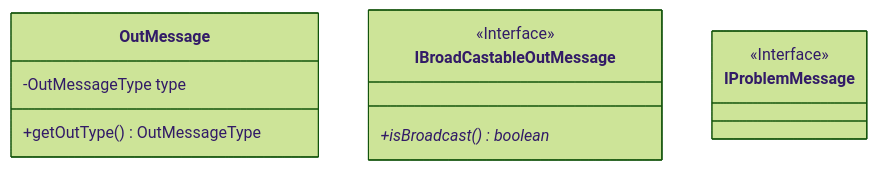
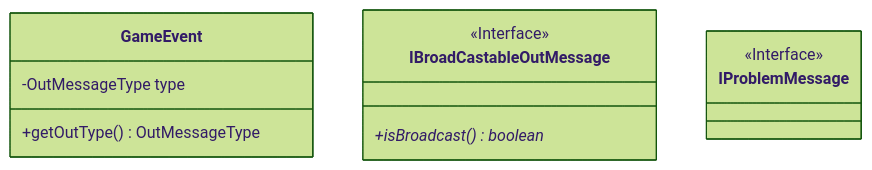
One commit to GeenDutchman/LHF-MUD changed the diagram in gameserver/src/main/java/com/lhf/messages/events/README.md. Above: the diagram before and after it, drawn with Mermaid (forest theme). The commit also changed other lines of this file and 17 other files, not shown here.

````diff
--- a/gameserver/src/main/java/com/lhf/messages/events/README.md
+++ b/gameserver/src/main/java/com/lhf/messages/events/README.md
@@ -72,14 +72,14 @@
 ```mermaid
 classDiagram
-    class OutMessage {
+    class GameEvent {
         -OutMessageType type
         +getOutType() OutMessageType
     }
     class IBroadCastableOutMessage {
         <<Interface>>
         +isBroadcast()* boolean
     }
     class IProblemMessage {
         <<Interface>>
     }
 ```
````
